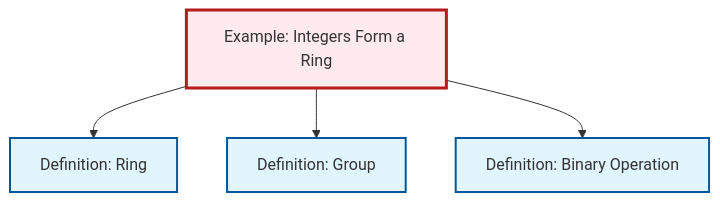
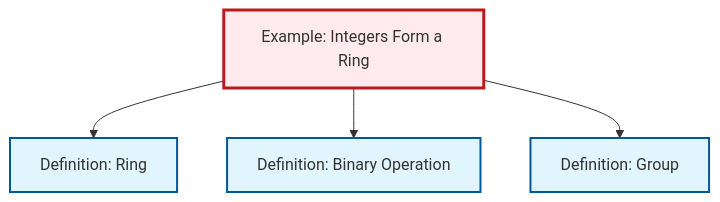
The diagram in content/en/algebra/ex-integers-ring.qmd (RK0429/ModernMath), drawn with Mermaid before and after one commit. The commit also changed other lines of this file and 203 other files, not shown here.

````diff
--- a/content/en/algebra/ex-integers-ring.qmd
+++ b/content/en/algebra/ex-integers-ring.qmd
@@ -54,21 +54,17 @@
 ```{mermaid}
 %%| fig-cap: "Local dependency graph"
 graph TD
     classDef definition fill:#e1f5fe,stroke:#01579b,stroke-width:2px
     classDef theorem fill:#f3e5f5,stroke:#4a148c,stroke-width:2px
     classDef axiom fill:#fff3e0,stroke:#e65100,stroke-width:2px
     classDef example fill:#e8f5e9,stroke:#1b5e20,stroke-width:2px
     classDef current fill:#ffebee,stroke:#b71c1c,stroke-width:3px
-    def-binary-operation["Definition: Binary Operation"]:::definition
+    def-group["Definition: Group"]:::definition
     def-ring["Definition: Ring"]:::definition
     ex-integers-ring["Example: Integers Form a Ring"]:::example
-    def-group["Definition: Group"]:::definition
+    def-binary-operation["Definition: Binary Operation"]:::definition
     ex-integers-ring --> def-ring
+    ex-integers-ring --> def-binary-operation
     ex-integers-ring --> def-group
-    ex-integers-ring --> def-binary-operation
     class ex-integers-ring current
-
-    click def-binary-operation "def-binary-operation.html" "Go to Binary Operation definition"
-    click def-ring "def-ring.html" "Go to Ring definition"
-    click def-group "def-group.html" "Go to Group definition"
 ```
````
